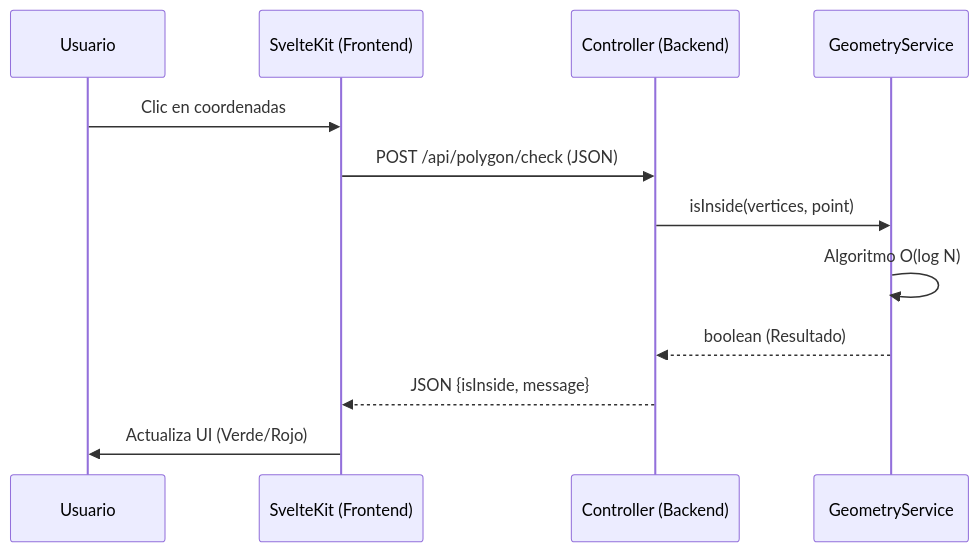
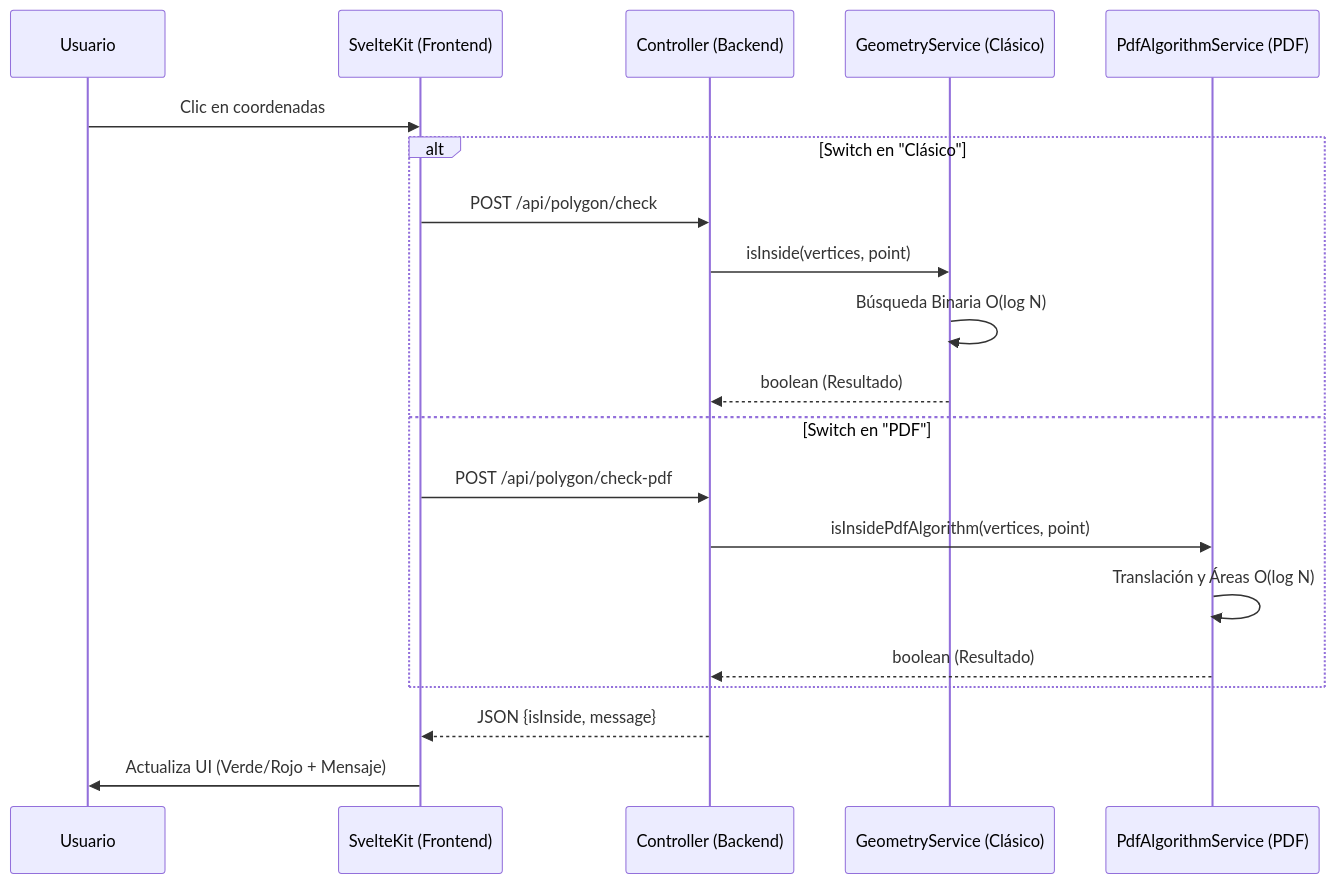
The second of 2 diagrams in Reporte.md (ortiz117/convex-polygon-search-ologn), drawn with Mermaid before and after one commit. The commit also changed other lines of this file and 3 other files, not shown here.

````diff
--- a/Reporte.md
+++ b/Reporte.md
@@ -60,15 +69,25 @@
 ```mermaid
 sequenceDiagram
     participant U as Usuario
     participant F as SvelteKit (Frontend)
     participant C as Controller (Backend)
-    participant S as GeometryService
+    participant S1 as GeometryService (Clásico)
+    participant S2 as PdfAlgorithmService (PDF)
 
     U->>F: Clic en coordenadas
-    F->>C: POST /api/polygon/check (JSON)
-    C->>S: isInside(vertices, point)
-    S->>S: Algoritmo O(log N)
-    S-->>C: boolean (Resultado)
+    
+    alt Switch en "Clásico"
+        F->>C: POST /api/polygon/check
+        C->>S1: isInside(vertices, point)
+        S1->>S1: Búsqueda Binaria O(log N)
+        S1-->>C: boolean (Resultado)
+    else Switch en "PDF"
+        F->>C: POST /api/polygon/check-pdf
+        C->>S2: isInsidePdfAlgorithm(vertices, point)
+        S2->>S2: Translación y Áreas O(log N)
+        S2-->>C: boolean (Resultado)
+    end
+    
     C-->>F: JSON {isInside, message}
-    F->>U: Actualiza UI (Verde/Rojo)
+    F->>U: Actualiza UI (Verde/Rojo + Mensaje)
 ```
````
